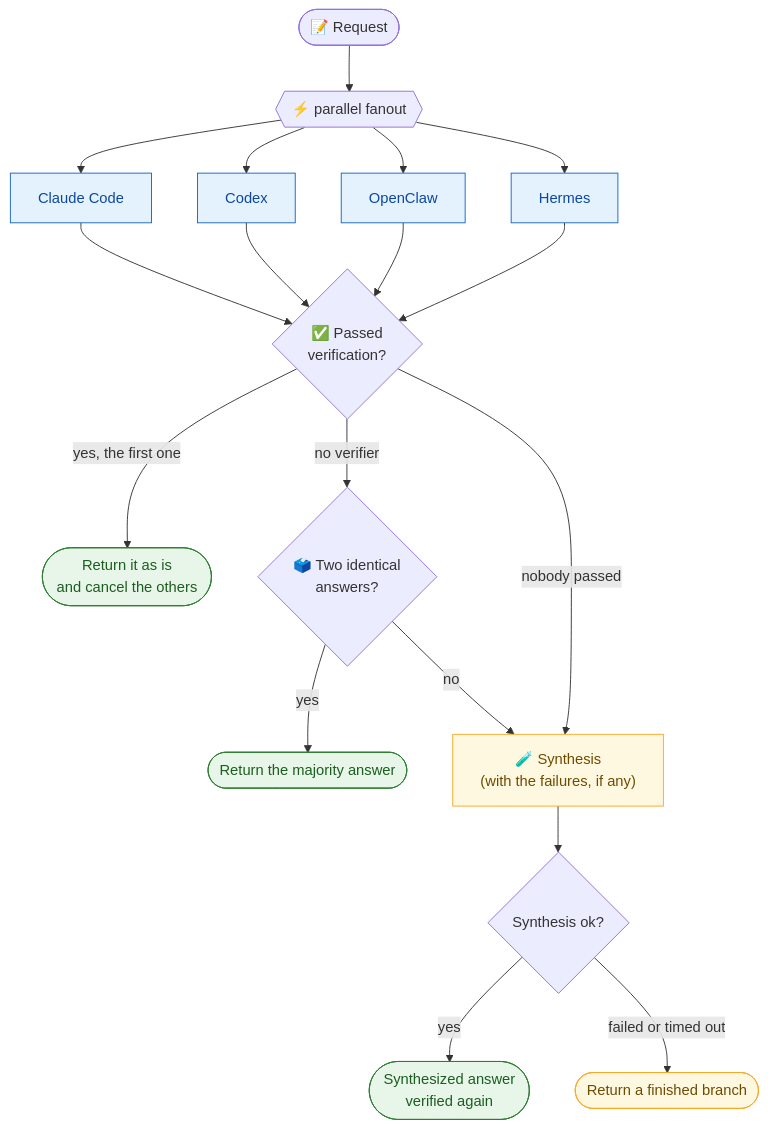
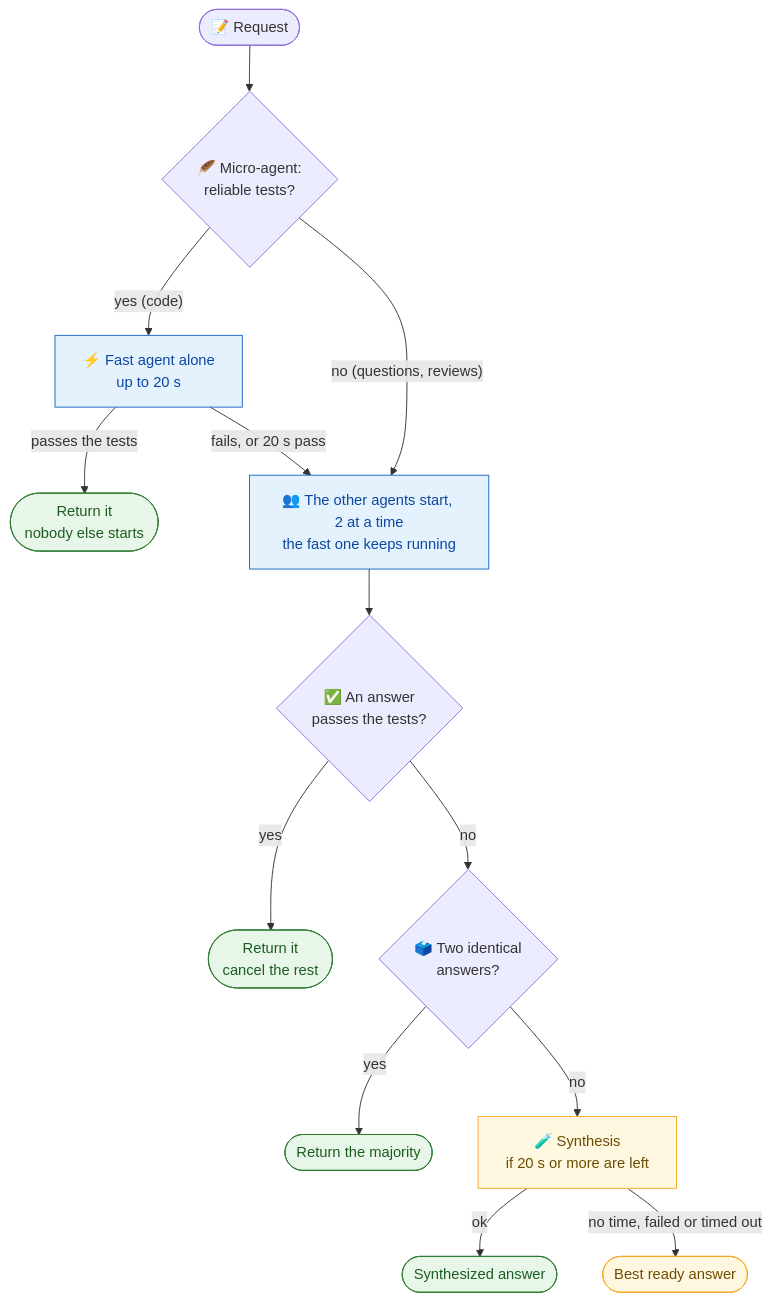
Before and after one commit to dheiver2/tessera: the diagram in README.md, drawn with Mermaid. The commit also changed other lines of this file and 1 other file, not shown here.

First line of the commit message:
README: cascade decision flow, corrected defaults, history in docs/RESULTS.md

````diff
--- a/README.md
+++ b/README.md
@@ -105,26 +107,22 @@
 ```mermaid
 flowchart TD
-    P([📝 Request]) --> F{{⚡ parallel fanout}}
-    F --> C1[Claude Code]
-    F --> C2[Codex]
-    F --> C3[OpenClaw]
-    F --> C4[Hermes]
-
-    C1 & C2 & C3 & C4 --> V{"✅ Passed<br/>verification?"}
-
-    V -- "yes, the first one" --> R1([Return it as is<br/>and cancel the others])
-    V -- "no verifier" --> M{"🗳️ Two identical<br/>answers?"}
-    M -- yes --> R2([Return the majority answer])
-    M -- no --> S["🧪 Synthesis<br/>(with the failures, if any)"]
-    V -- "nobody passed" --> S
-    S --> SV{"Synthesis ok?"}
-    SV -- yes --> R3([Synthesized answer<br/>verified again])
-    SV -- "failed or timed out" --> R4([Return a finished branch])
+    P([📝 Request]) --> T{"🪶 Micro-agent:<br/>reliable tests?"}
+    T -- "yes (code)" --> F["⚡ Fast agent alone<br/>up to 20 s"]
+    F -- "passes the tests" --> R1([Return it<br/>nobody else starts])
+    F -- "fails, or 20 s pass" --> O
+    T -- "no (questions, reviews)" --> O["👥 The other agents start, 2 at a time<br/>the fast one keeps running"]
+    O --> V{"✅ An answer<br/>passes the tests?"}
+    V -- yes --> R2([Return it<br/>cancel the rest])
+    V -- no --> M{"🗳️ Two identical<br/>answers?"}
+    M -- yes --> R3([Return the majority])
+    M -- no --> S["🧪 Synthesis<br/>if 20 s or more are left"]
+    S -- ok --> R4([Synthesized answer])
+    S -- "no time, failed or timed out" --> R5([Best ready answer])
 
     classDef ok fill:#e8f5e9,stroke:#2e7d32,color:#1b5e20
     classDef warn fill:#fff8e1,stroke:#f9a825,color:#6d4c00
     classDef agent fill:#e3f2fd,stroke:#1565c0,color:#0d47a1
-    class R1,R2,R3 ok
-    class S,R4 warn
-    class C1,C2,C3,C4 agent
+    class R1,R2,R3,R4 ok
+    class S,R5 warn
+    class F,O agent
 ```
````
